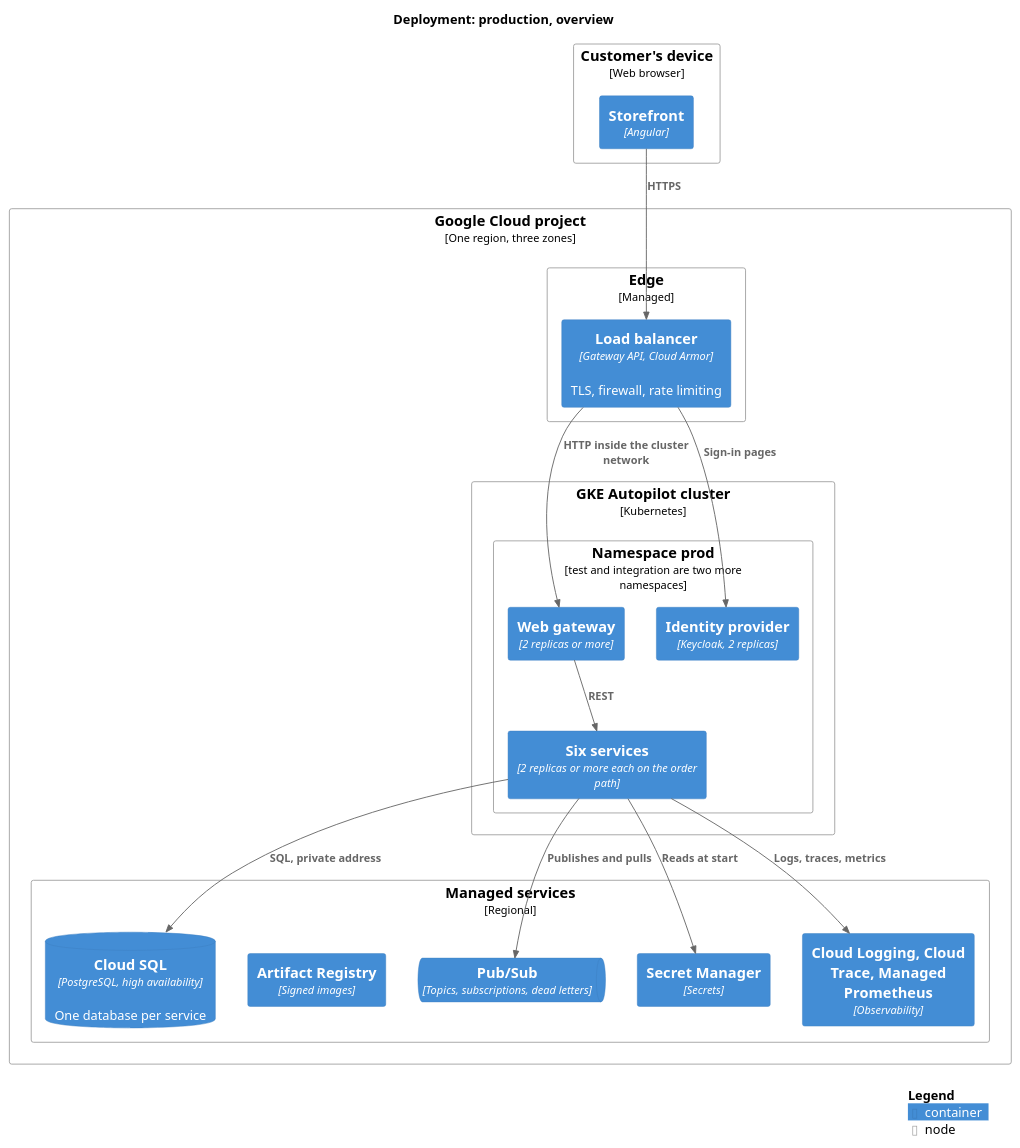
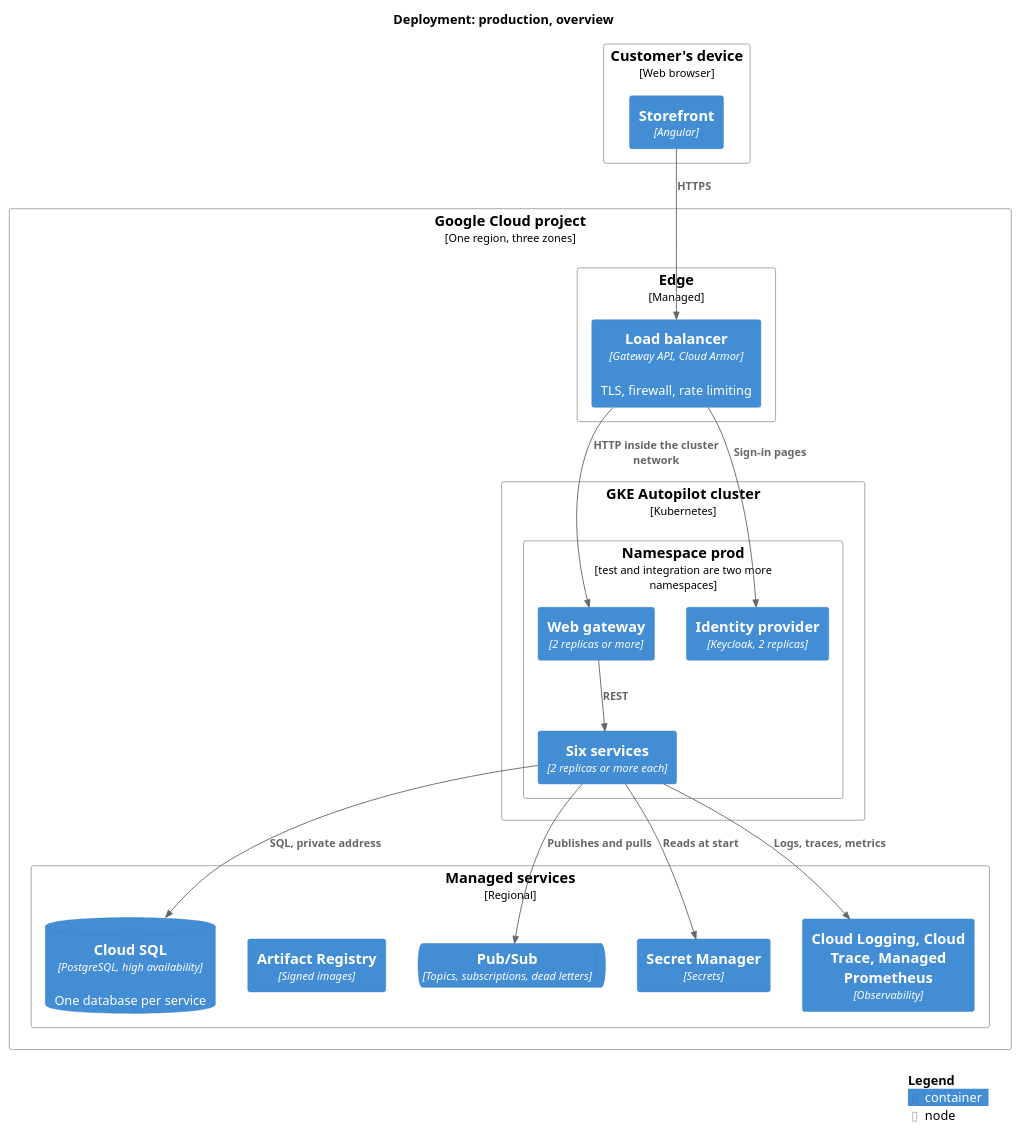
Before and after one commit to AxeloLabs/alten-commerce-platform: the diagram in doc/2-spec/04-architecture/diagrams/c4-deployment.puml, drawn with PlantUML. The commit also changed 12 other files, not shown here.

```diff
--- a/doc/2-spec/04-architecture/diagrams/c4-deployment.puml
+++ b/doc/2-spec/04-architecture/diagrams/c4-deployment.puml
@@ -1,39 +1,39 @@
 @startuml
 !include <C4/C4_Deployment>
 title Deployment: production, overview
 
 Deployment_Node(browser, "Customer's device", "Web browser") {
   Container(spa, "Storefront", "Angular")
 }
 
 Deployment_Node(gcp, "Google Cloud project", "One region, three zones") {
   Deployment_Node(edge, "Edge", "Managed") {
     Container(lb, "Load balancer", "Gateway API, Cloud Armor", "TLS, firewall, rate limiting")
   }
   Deployment_Node(gke, "GKE Autopilot cluster", "Kubernetes") {
     Deployment_Node(ns, "Namespace prod", "test and integration are two more namespaces") {
       Container(gw, "Web gateway", "2 replicas or more")
-      Container(svc, "Six services", "2 replicas or more each on the order path")
+      Container(svc, "Six services", "2 replicas or more each")
       Container(kc, "Identity provider", "Keycloak, 2 replicas")
     }
   }
   Deployment_Node(managed, "Managed services", "Regional") {
     ContainerDb(sql, "Cloud SQL", "PostgreSQL, high availability", "One database per service")
     ContainerQueue(pubsub, "Pub/Sub", "Topics, subscriptions, dead letters")
     Container(secrets, "Secret Manager", "Secrets")
     Container(registry, "Artifact Registry", "Signed images")
     Container(obs, "Cloud Logging, Cloud Trace, Managed Prometheus", "Observability")
   }
 }
 
 Rel(spa, lb, "HTTPS")
 Rel(lb, gw, "HTTP inside the cluster network")
 Rel(lb, kc, "Sign-in pages")
 Rel(gw, svc, "REST")
 Rel(svc, sql, "SQL, private address")
 Rel(svc, pubsub, "Publishes and pulls")
 Rel(svc, secrets, "Reads at start")
 Rel(svc, obs, "Logs, traces, metrics")
 
 SHOW_LEGEND()
 @enduml
```
